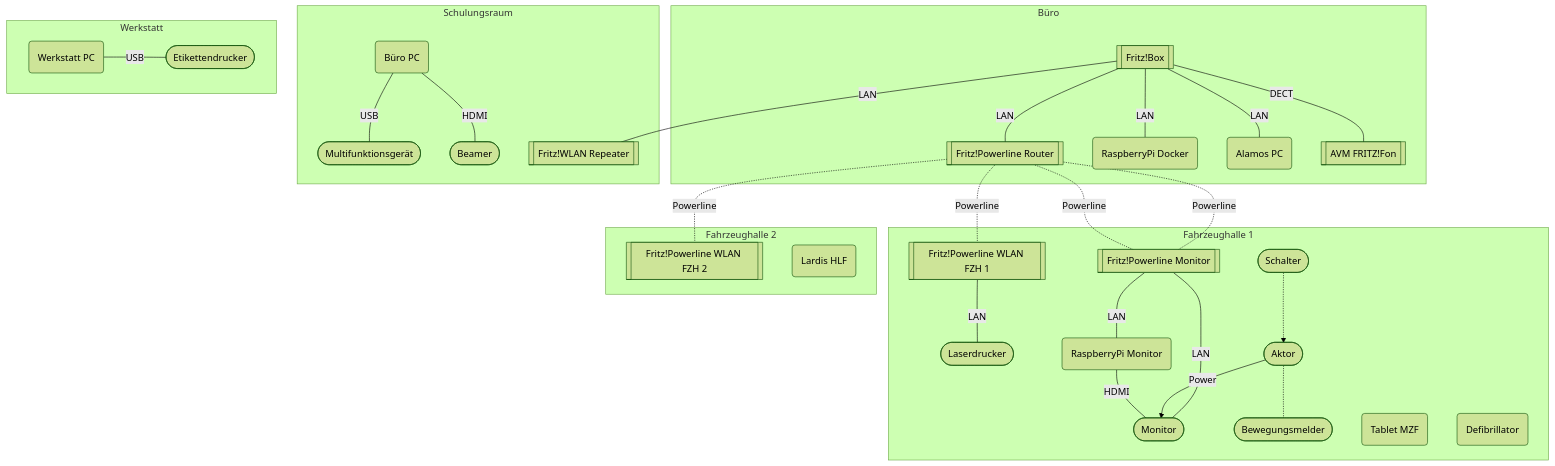
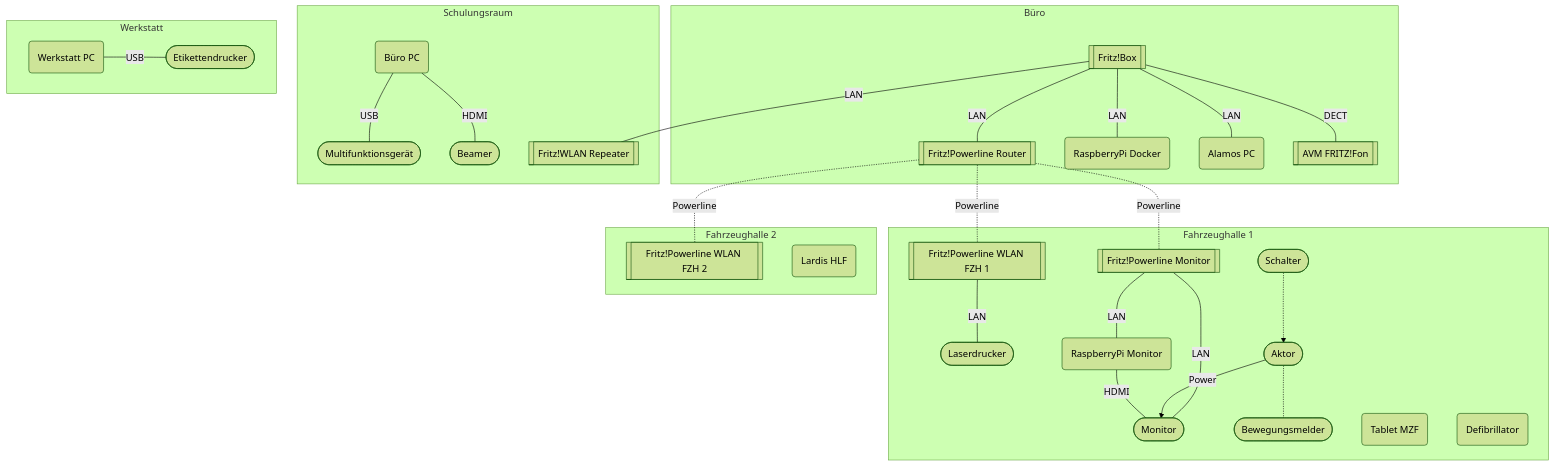
Before and after one commit to FFW-Baudenbach/FE2_Documentation: the diagram in docs/Dokumentation/Hardware/index.md, drawn with Mermaid (forest theme).

````diff
--- a/docs/Dokumentation/Hardware/index.md
+++ b/docs/Dokumentation/Hardware/index.md
@@ -12,72 +12,67 @@
 ```mermaid
 graph TD
 
     subgraph buero[Büro]
         router[[Fritz!Box]]
         pwl-rt[[Fritz!Powerline Router]]
         rpidoc(RaspberryPi Docker)
         fe2pc(Alamos PC)
         phone[[AVM FRITZ!Fon]]
         
         router---|LAN|pwl-rt
         router---|LAN|rpidoc
         router---|LAN|fe2pc
         router---|DECT|phone
     end
     
     subgraph schulungsraum[Schulungsraum]
         bueropc(Büro PC)
         copier([Multifunktionsgerät])
         beamer([Beamer])
         wlanrep[[Fritz!WLAN Repeater]]
         router---|LAN|wlanrep
         
         bueropc---|USB|copier
         bueropc---|HDMI|beamer
     end
     
     subgraph werkstatt[Werkstatt]
         fmpc(Werkstatt PC)
         labelprinter([Etikettendrucker])
         
         fmpc---|USB|labelprinter
     end
     
     subgraph fzh1[Fahrzeughalle 1]
         pwl-fzh1[["Fritz!Powerline WLAN FZH&nbsp;1"]]
         pwl-mon[[Fritz!Powerline Monitor]]
         printer([Laserdrucker])
         monitor([Monitor])
         actor([Aktor])
         motion([Bewegungsmelder])
         plug([Schalter])
         rpimon(RaspberryPi Monitor)
         tablet(Tablet MZF)
         defi(Defibrillator)
 
-       %% router---pwl-fzh1
-       %% router---pwl-fzh2
-       %% router---pwl-mon
-
         pwl-fzh1---|LAN|printer
         
         pwl-mon---|LAN|monitor
         pwl-mon---|LAN|rpimon
         
         plug-.->actor--Power-->monitor
         rpimon---|HDMI|monitor
         actor-.-motion
 
     end
     
     subgraph fzh2[Fahrzeughalle 2]
         pwl-fzh2[["Fritz!Powerline WLAN FZH&nbsp;2"]]
         lardis-hlf(Lardis HLF)
     end
     
     pwl-rt-.-|Powerline|pwl-mon
     pwl-rt-.-|Powerline|pwl-fzh1
     pwl-rt-.-|Powerline|pwl-fzh2
-    pwl-rt-.-|Powerline|pwl-mon
     
 ```
````
